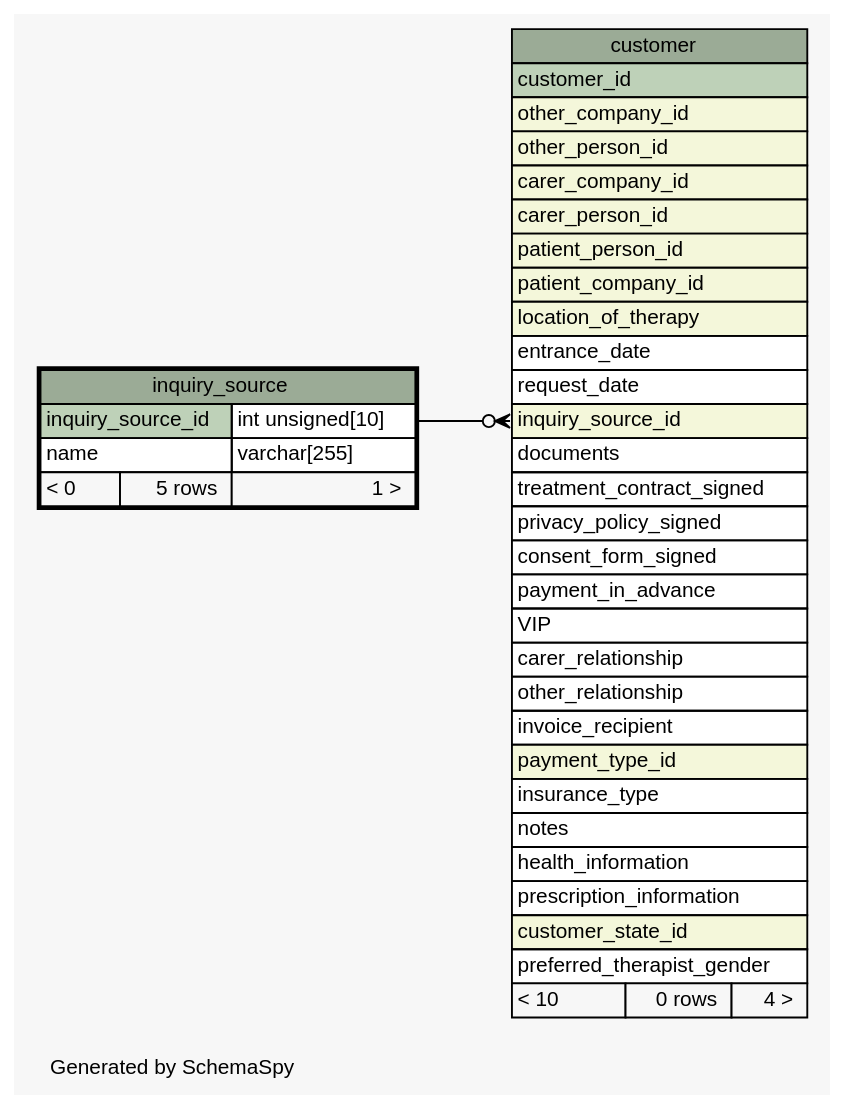
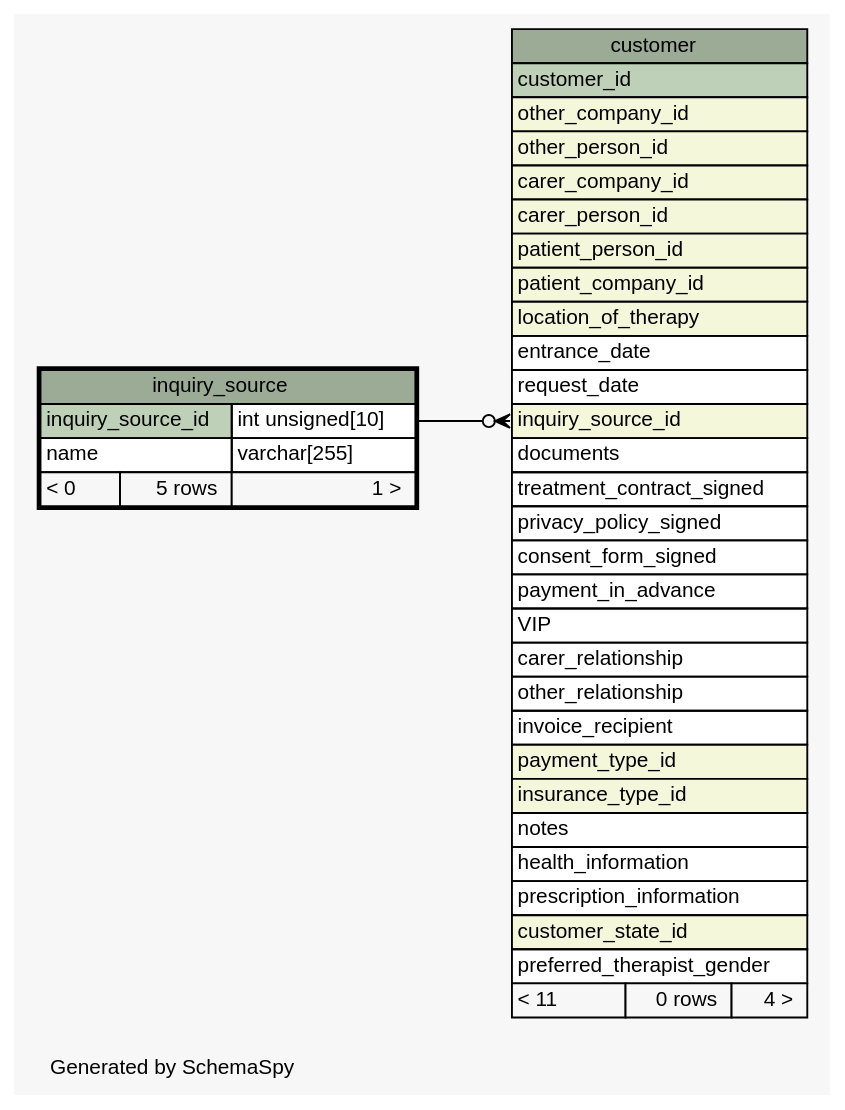
One commit to KaiBMP/KaiBMP.github.io changed the diagram in diagrams/inquiry_source.1degree.dot. Above: the diagram before and after it, drawn with Graphviz. The commit also changed 150 other files, not shown here.

Commit message:
schemaspy update

```diff
--- a/diagrams/inquiry_source.1degree.dot
+++ b/diagrams/inquiry_source.1degree.dot
@@ -1,70 +1,70 @@
 // dot 2.40.1 on Linux 5.3.0-28-generic
 // SchemaSpy rev 590
 digraph "oneDegreeRelationshipsDiagram" {
   graph [
     rankdir="RL"
     bgcolor="#f7f7f7"
     label="\nGenerated by SchemaSpy"
     labeljust="l"
     nodesep="0.18"
     ranksep="0.46"
     fontname="Helvetica"
     fontsize="11"
   ];
   node [
     fontname="Helvetica"
     fontsize="11"
     shape="plaintext"
   ];
   edge [
     arrowsize="0.8"
   ];
   "customer":"inquiry_source_id":w -> "inquiry_source":"inquiry_source_id.type":e [arrowhead=none dir=back arrowtail=crowodot];
   "customer" [
     label=<
     <TABLE BORDER="0" CELLBORDER="1" CELLSPACING="0" BGCOLOR="#ffffff">
       <TR><TD COLSPAN="3" BGCOLOR="#9bab96" ALIGN="CENTER">customer</TD></TR>
       <TR><TD PORT="customer_id" COLSPAN="3" BGCOLOR="#bed1b8" ALIGN="LEFT">customer_id</TD></TR>
       <TR><TD PORT="other_company_id" COLSPAN="3" BGCOLOR="#f4f7da" ALIGN="LEFT">other_company_id</TD></TR>
       <TR><TD PORT="other_person_id" COLSPAN="3" BGCOLOR="#f4f7da" ALIGN="LEFT">other_person_id</TD></TR>
       <TR><TD PORT="carer_company_id" COLSPAN="3" BGCOLOR="#f4f7da" ALIGN="LEFT">carer_company_id</TD></TR>
       <TR><TD PORT="carer_person_id" COLSPAN="3" BGCOLOR="#f4f7da" ALIGN="LEFT">carer_person_id</TD></TR>
       <TR><TD PORT="patient_person_id" COLSPAN="3" BGCOLOR="#f4f7da" ALIGN="LEFT">patient_person_id</TD></TR>
       <TR><TD PORT="patient_company_id" COLSPAN="3" BGCOLOR="#f4f7da" ALIGN="LEFT">patient_company_id</TD></TR>
       <TR><TD PORT="location_of_therapy" COLSPAN="3" BGCOLOR="#f4f7da" ALIGN="LEFT">location_of_therapy</TD></TR>
       <TR><TD PORT="entrance_date" COLSPAN="3" ALIGN="LEFT">entrance_date</TD></TR>
       <TR><TD PORT="request_date" COLSPAN="3" ALIGN="LEFT">request_date</TD></TR>
       <TR><TD PORT="inquiry_source_id" COLSPAN="3" BGCOLOR="#f4f7da" ALIGN="LEFT">inquiry_source_id</TD></TR>
       <TR><TD PORT="documents" COLSPAN="3" ALIGN="LEFT">documents</TD></TR>
       <TR><TD PORT="treatment_contract_signed" COLSPAN="3" ALIGN="LEFT">treatment_contract_signed</TD></TR>
       <TR><TD PORT="privacy_policy_signed" COLSPAN="3" ALIGN="LEFT">privacy_policy_signed</TD></TR>
       <TR><TD PORT="consent_form_signed" COLSPAN="3" ALIGN="LEFT">consent_form_signed</TD></TR>
       <TR><TD PORT="payment_in_advance" COLSPAN="3" ALIGN="LEFT">payment_in_advance</TD></TR>
       <TR><TD PORT="VIP" COLSPAN="3" ALIGN="LEFT">VIP</TD></TR>
       <TR><TD PORT="carer_relationship" COLSPAN="3" ALIGN="LEFT">carer_relationship</TD></TR>
       <TR><TD PORT="other_relationship" COLSPAN="3" ALIGN="LEFT">other_relationship</TD></TR>
       <TR><TD PORT="invoice_recipient" COLSPAN="3" ALIGN="LEFT">invoice_recipient</TD></TR>
       <TR><TD PORT="payment_type_id" COLSPAN="3" BGCOLOR="#f4f7da" ALIGN="LEFT">payment_type_id</TD></TR>
-      <TR><TD PORT="insurance_type" COLSPAN="3" ALIGN="LEFT">insurance_type</TD></TR>
+      <TR><TD PORT="insurance_type_id" COLSPAN="3" BGCOLOR="#f4f7da" ALIGN="LEFT">insurance_type_id</TD></TR>
       <TR><TD PORT="notes" COLSPAN="3" ALIGN="LEFT">notes</TD></TR>
       <TR><TD PORT="health_information" COLSPAN="3" ALIGN="LEFT">health_information</TD></TR>
       <TR><TD PORT="prescription_information" COLSPAN="3" ALIGN="LEFT">prescription_information</TD></TR>
       <TR><TD PORT="customer_state_id" COLSPAN="3" BGCOLOR="#f4f7da" ALIGN="LEFT">customer_state_id</TD></TR>
       <TR><TD PORT="preferred_therapist_gender" COLSPAN="3" ALIGN="LEFT">preferred_therapist_gender</TD></TR>
-      <TR><TD ALIGN="LEFT" BGCOLOR="#f7f7f7">&lt; 10</TD><TD ALIGN="RIGHT" BGCOLOR="#f7f7f7">0 rows</TD><TD ALIGN="RIGHT" BGCOLOR="#f7f7f7">4 &gt;</TD></TR>
+      <TR><TD ALIGN="LEFT" BGCOLOR="#f7f7f7">&lt; 11</TD><TD ALIGN="RIGHT" BGCOLOR="#f7f7f7">0 rows</TD><TD ALIGN="RIGHT" BGCOLOR="#f7f7f7">4 &gt;</TD></TR>
     </TABLE>>
     URL="customer.html"
     tooltip="customer"
   ];
   "inquiry_source" [
     label=<
     <TABLE BORDER="2" CELLBORDER="1" CELLSPACING="0" BGCOLOR="#ffffff">
       <TR><TD COLSPAN="3" BGCOLOR="#9bab96" ALIGN="CENTER">inquiry_source</TD></TR>
       <TR><TD PORT="inquiry_source_id" COLSPAN="2" BGCOLOR="#bed1b8" ALIGN="LEFT">inquiry_source_id</TD><TD PORT="inquiry_source_id.type" ALIGN="LEFT">int unsigned[10]</TD></TR>
       <TR><TD PORT="name" COLSPAN="2" ALIGN="LEFT">name</TD><TD PORT="name.type" ALIGN="LEFT">varchar[255]</TD></TR>
       <TR><TD ALIGN="LEFT" BGCOLOR="#f7f7f7">&lt; 0</TD><TD ALIGN="RIGHT" BGCOLOR="#f7f7f7">5 rows</TD><TD ALIGN="RIGHT" BGCOLOR="#f7f7f7">1 &gt;</TD></TR>
     </TABLE>>
     URL="inquiry_source.html"
     tooltip="inquiry_source"
   ];
 }
```
